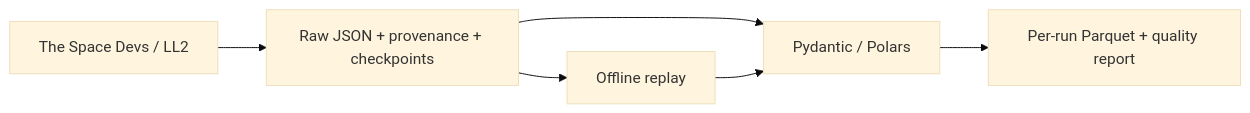
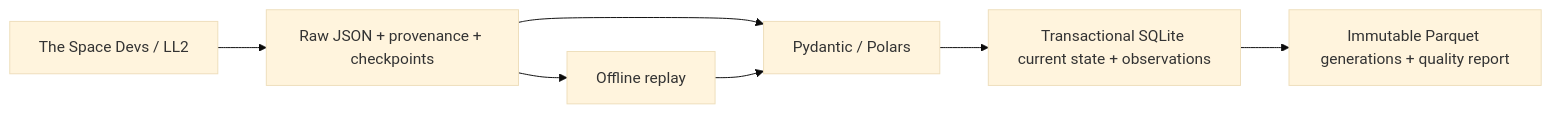
One commit to RM3006/orbital-pulse changed the diagram in README.md. Above: the diagram before and after it, drawn with Mermaid (base theme). The commit also changed other lines of this file and 24 other files, not shown here.

````diff
--- a/README.md
+++ b/README.md
@@ -7,8 +7,9 @@
 ```mermaid
 flowchart LR
     LL2[The Space Devs / LL2] --> Raw[Raw JSON + provenance + checkpoints]
     Raw --> Parse[Pydantic / Polars]
-    Parse --> Tables[Per-run Parquet + quality report]
+    Parse --> State[Transactional SQLite current state + observations]
+    State --> Tables[Immutable Parquet generations + quality report]
     Raw --> Replay[Offline replay]
     Replay --> Parse
 ```
````
